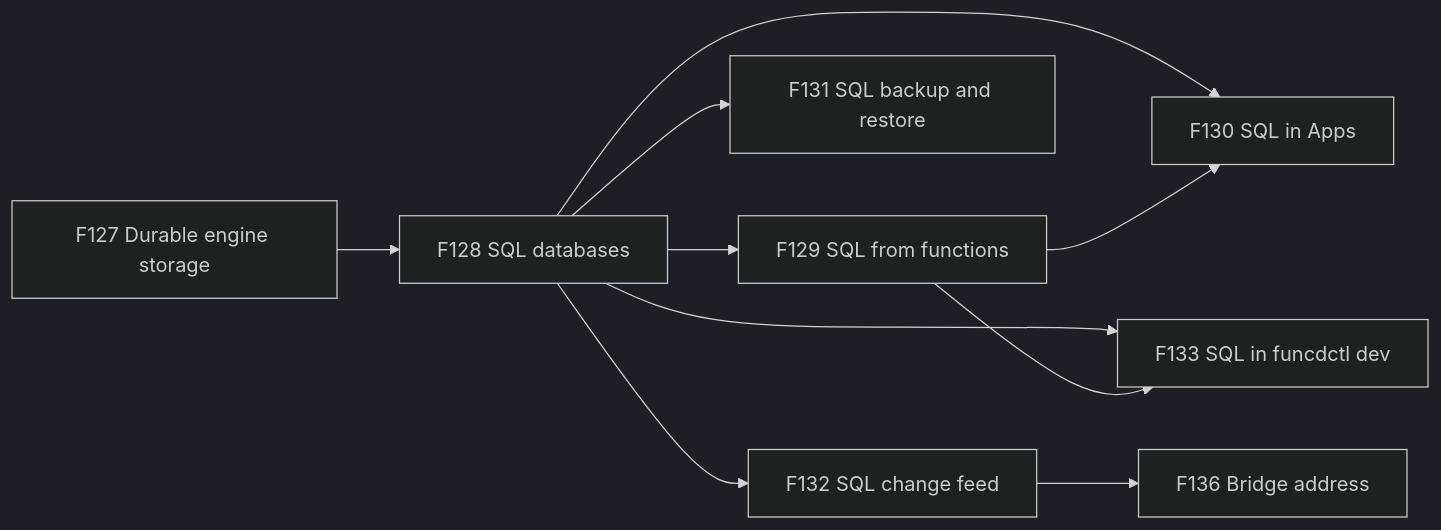
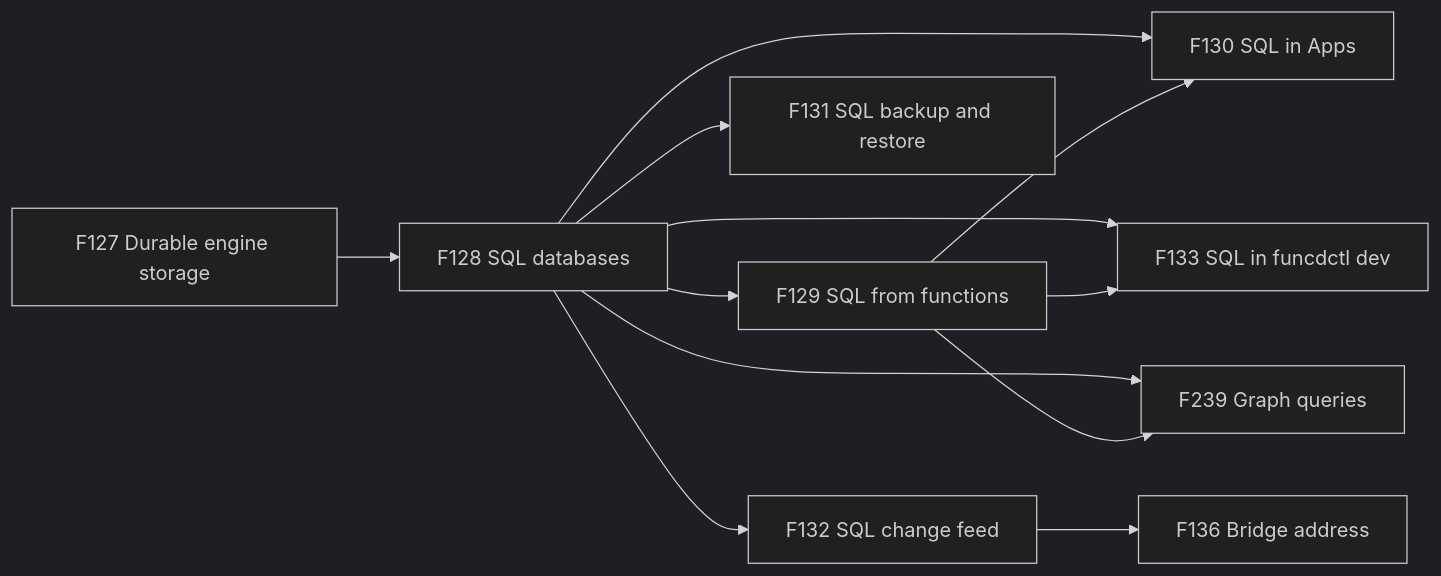
Before and after one commit to pyvvo/funcd: the first of 2 diagrams in docs/feat/0011-feat-sql.md, drawn with Mermaid (dark theme). The commit also changed other lines of this file and 3 other files, not shown here.

````diff
--- a/docs/feat/0011-feat-sql.md
+++ b/docs/feat/0011-feat-sql.md
@@ -43,12 +43,14 @@
 ```mermaid
 flowchart LR
     F127["F127 Durable engine storage"] --> F128["F128 SQL databases"]
     F128 --> F129["F129 SQL from functions"]
     F128 --> F131["F131 SQL backup and restore"]
     F128 --> F132["F132 SQL change feed"]
     F128 --> F130["F130 SQL in Apps"]
     F129 --> F130
     F128 --> F133["F133 SQL in funcdctl dev"]
     F129 --> F133
     F132 --> F136["F136 Bridge address"]
+    F128 --> F239["F239 Graph queries"]
+    F129 --> F239
 ```
````
